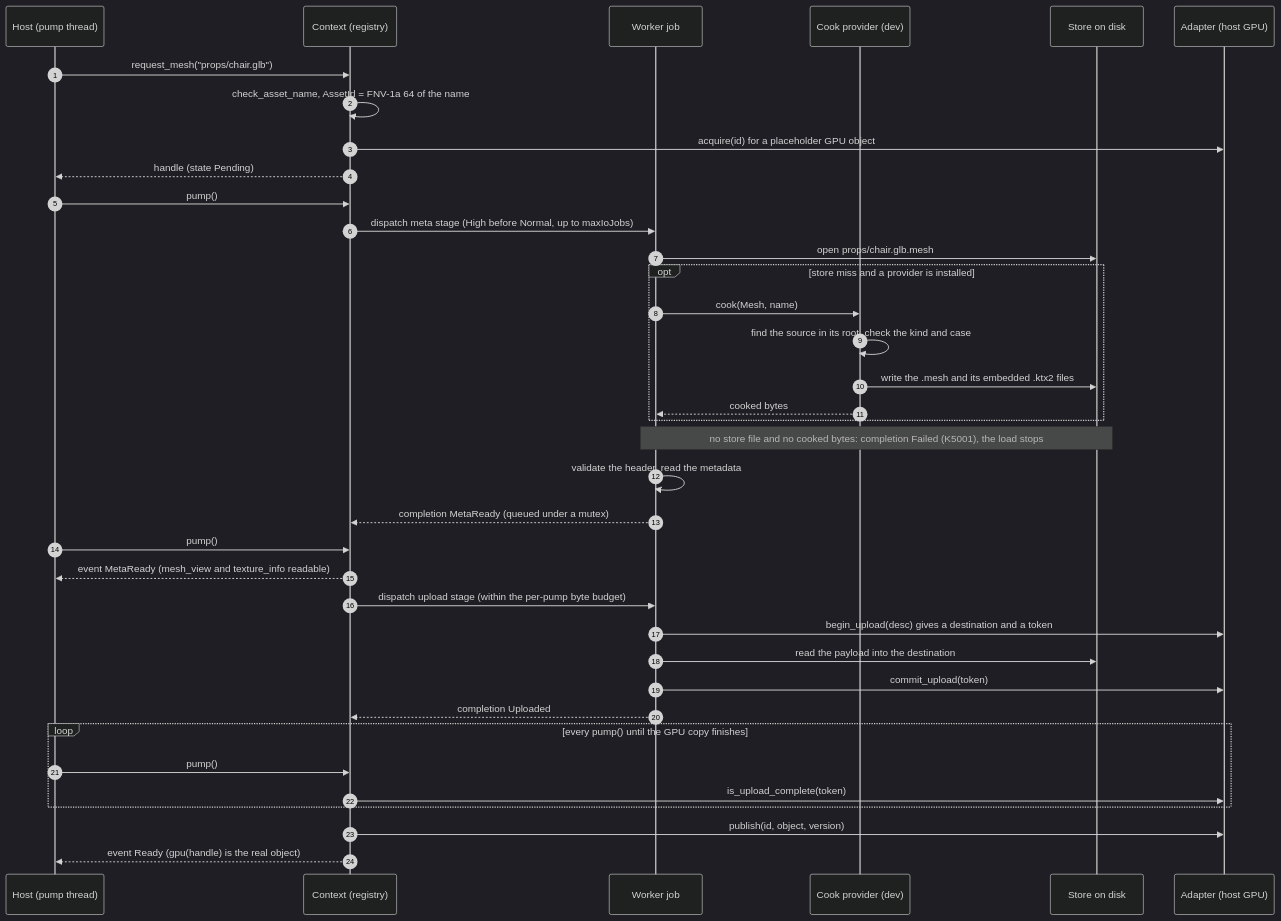
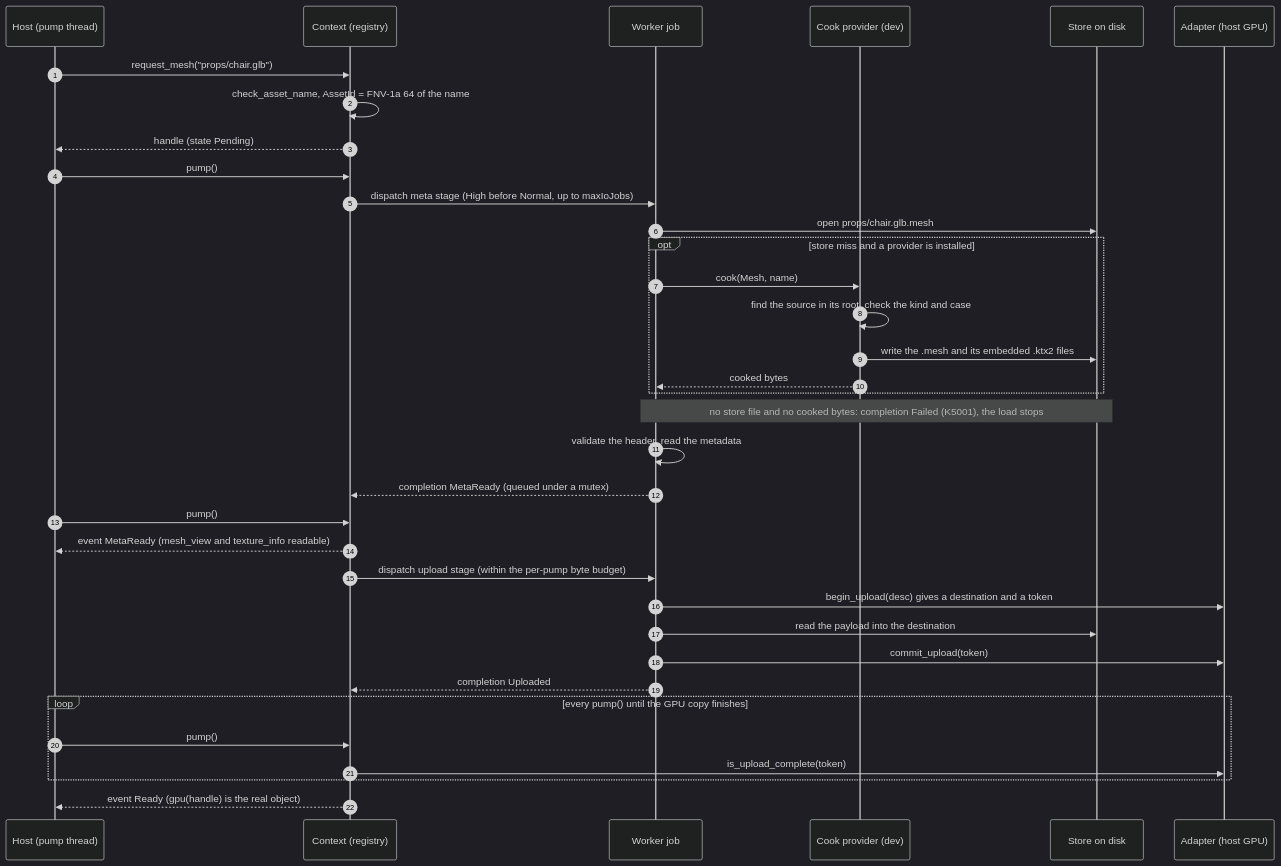
Before and after one commit to sigman78/Kiln: the second of 3 diagrams in docs/design/architecture.md, drawn with Mermaid (dark theme). The commit also changed other lines of this file and 41 other files, not shown here.

````diff
--- a/docs/design/architecture.md
+++ b/docs/design/architecture.md
@@ -67,43 +67,41 @@
 ```mermaid
 sequenceDiagram
     autonumber
     participant Host as Host (pump thread)
     participant Ctx as Context (registry)
     participant Worker as Worker job
     participant Prov as Cook provider (dev)
     participant Store as Store on disk
     participant Adapter as Adapter (host GPU)
 
     Host->>Ctx: request_mesh("props/chair.glb")
     Ctx->>Ctx: check_asset_name, AssetId = FNV-1a 64 of the name
-    Ctx->>Adapter: acquire(id) for a placeholder GPU object
     Ctx-->>Host: handle (state Pending)
 
     Host->>Ctx: pump()
     Ctx->>Worker: dispatch meta stage (High before Normal, up to maxIoJobs)
     Worker->>Store: open props/chair.glb.mesh
     opt store miss and a provider is installed
         Worker->>Prov: cook(Mesh, name)
         Prov->>Prov: find the source in its root, check the kind and case
         Prov->>Store: write the .mesh and its embedded .ktx2 files
         Prov-->>Worker: cooked bytes
     end
     Note over Worker,Store: no store file and no cooked bytes: completion Failed (K5001), the load stops
     Worker->>Worker: validate the header, read the metadata
     Worker-->>Ctx: completion MetaReady (queued under a mutex)
 
     Host->>Ctx: pump()
     Ctx-->>Host: event MetaReady (mesh_view and texture_info readable)
     Ctx->>Worker: dispatch upload stage (within the per-pump byte budget)
     Worker->>Adapter: begin_upload(desc) gives a destination and a token
     Worker->>Store: read the payload into the destination
     Worker->>Adapter: commit_upload(token)
     Worker-->>Ctx: completion Uploaded
 
     loop every pump() until the GPU copy finishes
         Host->>Ctx: pump()
         Ctx->>Adapter: is_upload_complete(token)
     end
-    Ctx->>Adapter: publish(id, object, version)
     Ctx-->>Host: event Ready (gpu(handle) is the real object)
 ```
````
